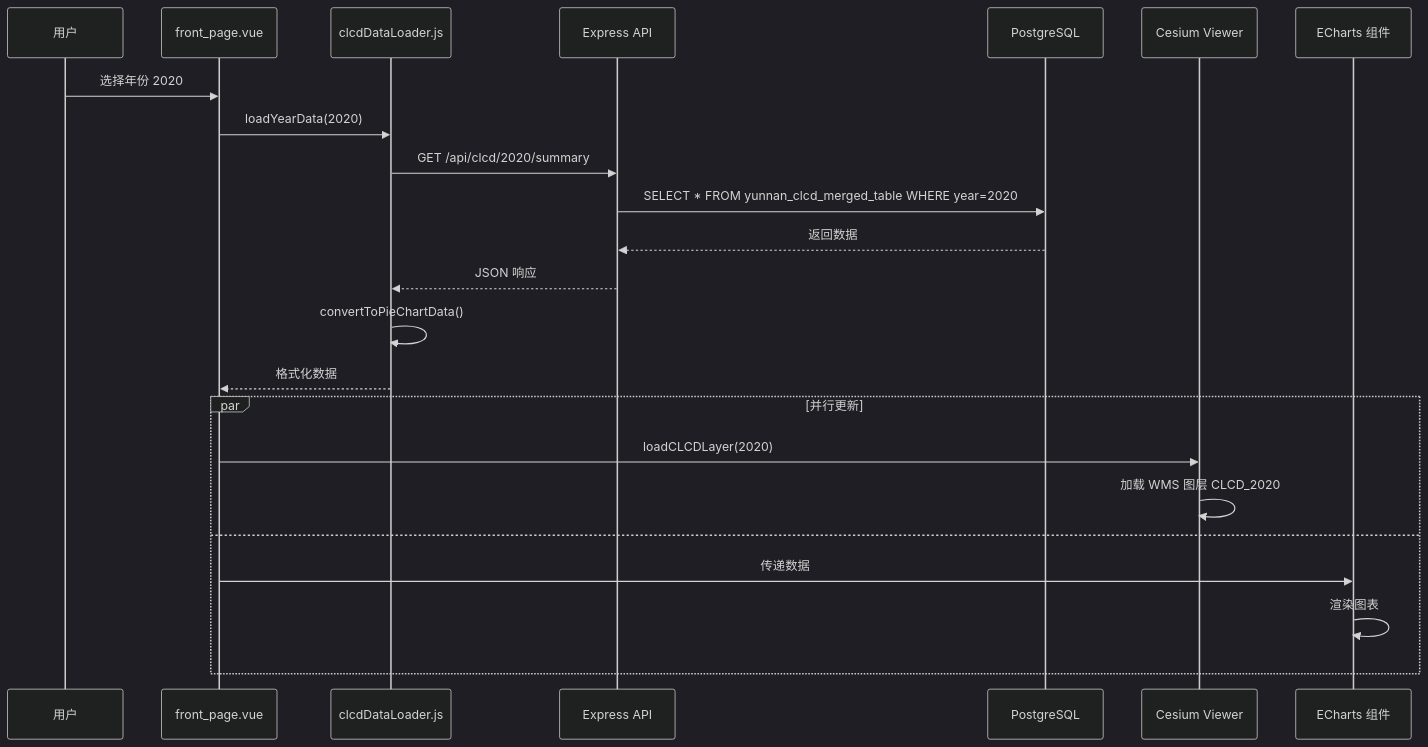
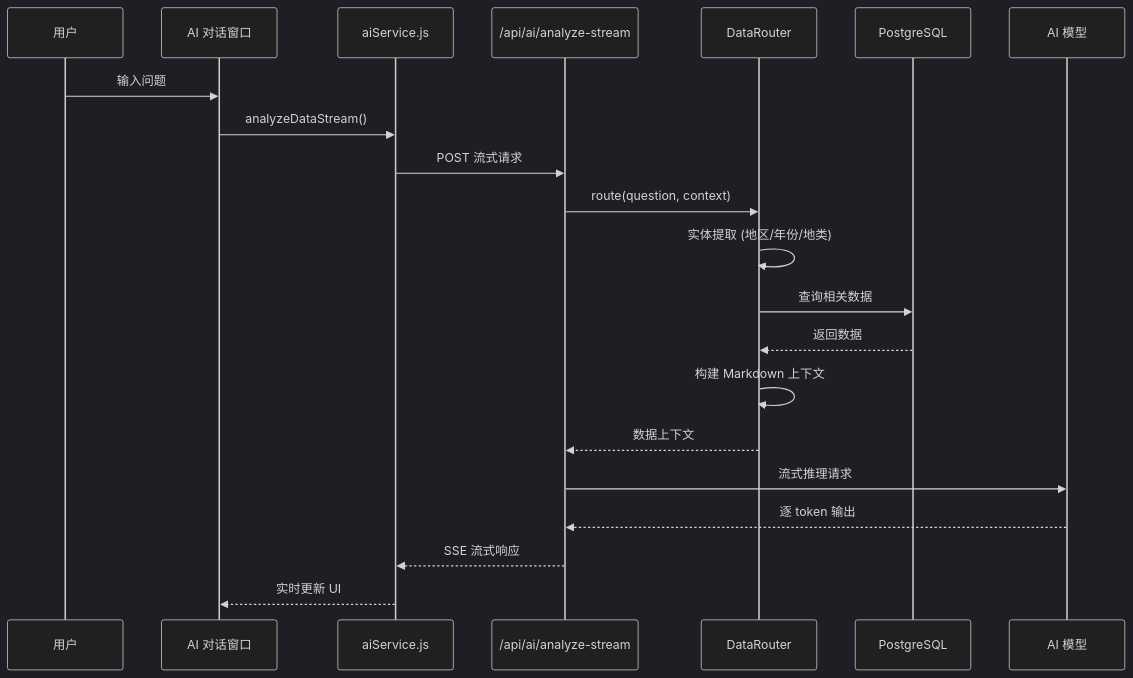
One commit to Regenerate334/www.yunnanlucc.xyz changed the second of 2 diagrams in README.md. Above: the diagram before and after it, drawn with Mermaid (dark theme). The commit also changed other lines of this file, not shown here.

````diff
--- a/README.md
+++ b/README.md
@@ -497,27 +183,24 @@
 ```mermaid
 sequenceDiagram
     participant User as 用户
-    participant FrontPage as front_page.vue
-    participant Loader as clcdDataLoader.js
-    participant API as Express API
+    participant Modal as AI 对话窗口
+    participant Service as aiService.js
+    participant API as /api/ai/analyze-stream
+    participant Router as DataRouter
     participant DB as PostgreSQL
-    participant Cesium as Cesium Viewer
-    participant Chart as ECharts 组件
+    participant Ollama as AI 模型
 
-    User->>FrontPage: 选择年份 2020
-    FrontPage->>Loader: loadYearData(2020)
-    Loader->>API: GET /api/clcd/2020/summary
-    API->>DB: SELECT * FROM yunnan_clcd_merged_table WHERE year=2020
-    DB-->>API: 返回数据
-    API-->>Loader: JSON 响应
-    Loader->>Loader: convertToPieChartData()
-    Loader-->>FrontPage: 格式化数据
-    
-    par 并行更新
-        FrontPage->>Cesium: loadCLCDLayer(2020)
-        Cesium->>Cesium: 加载 WMS 图层 CLCD_2020
-    and
-        FrontPage->>Chart: 传递数据
-        Chart->>Chart: 渲染图表
-    end
+    User->>Modal: 输入问题
+    Modal->>Service: analyzeDataStream()
+    Service->>API: POST 流式请求
+    API->>Router: route(question, context)
+    Router->>Router: 实体提取 (地区/年份/地类)
+    Router->>DB: 查询相关数据
+    DB-->>Router: 返回数据
+    Router->>Router: 构建 Markdown 上下文
+    Router-->>API: 数据上下文
+    API->>Ollama: 流式推理请求
+    Ollama-->>API: 逐 token 输出
+    API-->>Service: SSE 流式响应
+    Service-->>Modal: 实时更新 UI
 ```
````
